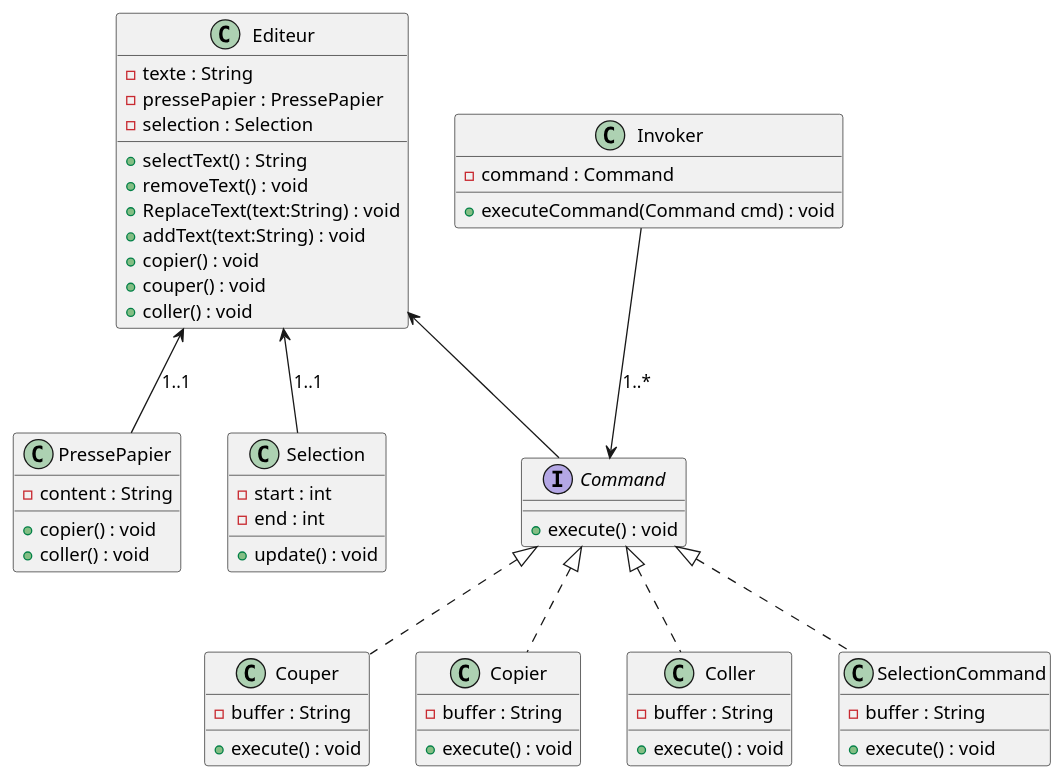
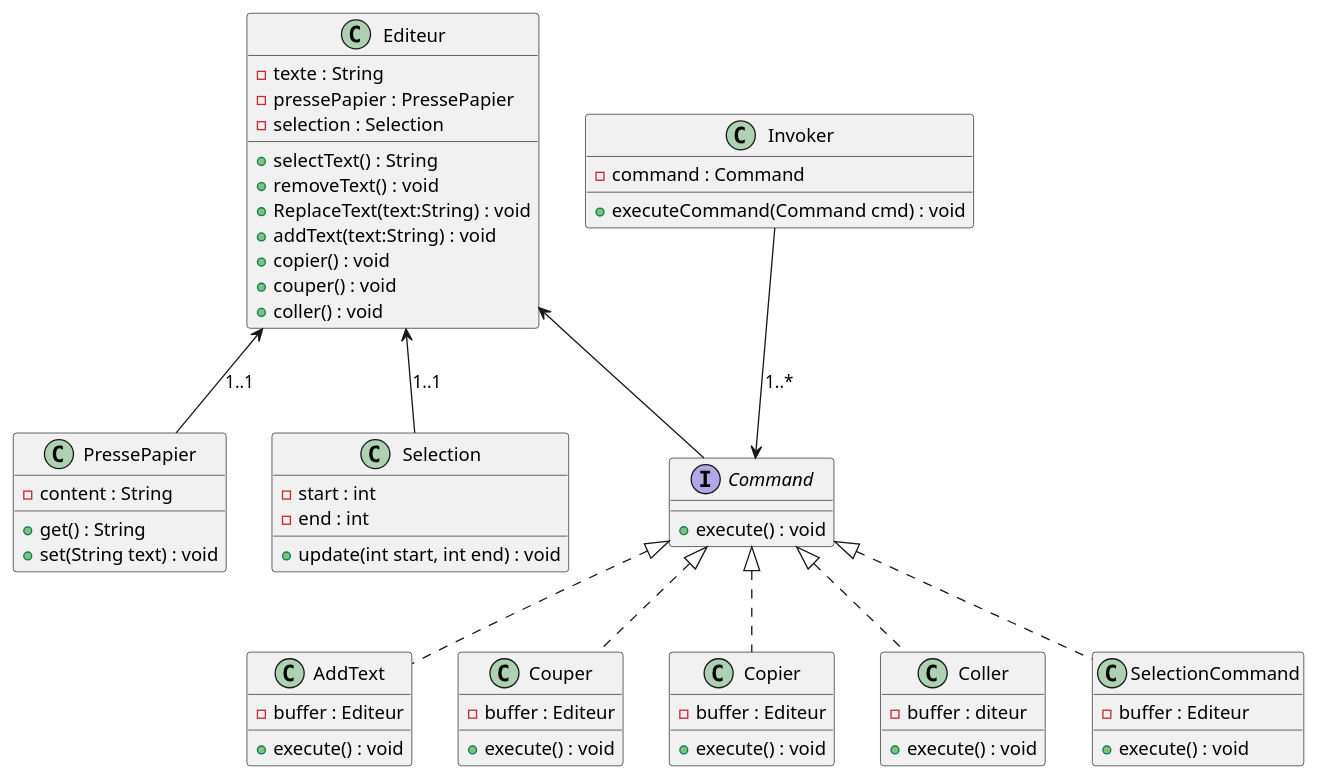
One commit to salahbdg/TP2_OMD changed the diagram in UML/classDiagram.plantuml. Above: the diagram before and after it, drawn with PlantUML.

```diff
--- a/UML/classDiagram.plantuml
+++ b/UML/classDiagram.plantuml
@@ -1,72 +1,79 @@
 @startuml
 class Editeur {
     - texte : String
     - pressePapier : PressePapier
     - selection : Selection
 
     + selectText() : String
     + removeText() : void
     + ReplaceText(text:String) : void
     + addText(text:String) : void
     + copier() : void
     + couper() : void
     + coller() : void
 }
 
 class PressePapier{
     - content : String
-    + copier() : void
-    + coller() : void
+    + get() : String
+    + set(String text) : void
 }
 
 class Selection {
     - start : int
     - end : int
-    + update() : void
+    + update(int start, int end) : void
 }
 
 Interface Command {
     + execute() : void
 }
 
+class AddText {
+    - buffer : Editeur
+    + execute() : void
+}
+
 class Couper {
-    - buffer : String
+    - buffer : Editeur
     + execute() : void
 }
 
 class Copier {
-    - buffer : String
+    - buffer : Editeur
     + execute() : void
 }
 
 class Coller {
-    - buffer : String
+    - buffer : diteur
     + execute() : void
 }
 
 class SelectionCommand {
-    - buffer : String
+    - buffer : Editeur
     + execute() : void
 }
 
 class Invoker {
     - command : Command
     + executeCommand(Command cmd) : void
 }
 
 
 
 ' Relations
 
 Editeur <-- Command
 Command <|.. Copier
 Command <|.. Couper
 Command <|.. Coller
 Command <|.. SelectionCommand
+Command <|.. AddText
+
 
 Editeur <-- PressePapier : "1..1"
 Editeur <-- Selection : "1..1"
 Invoker --> Command : "1..*"
 
 
 @enduml
```
